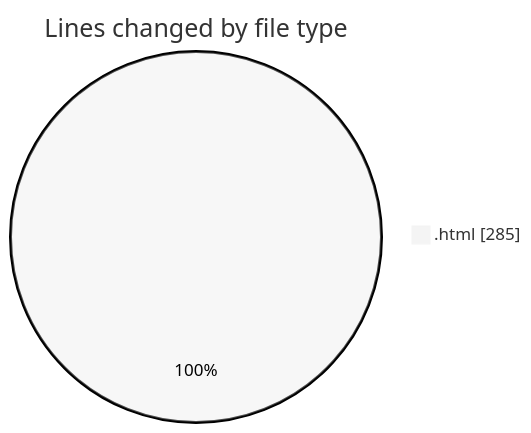
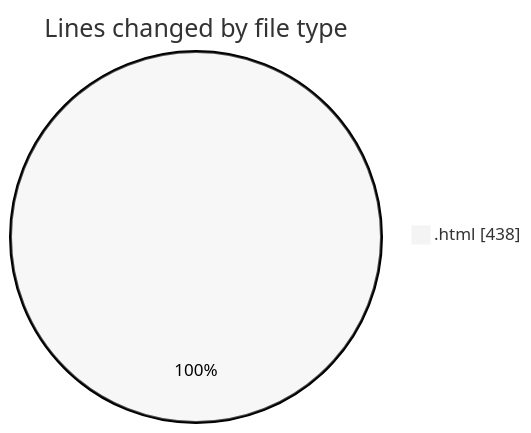
The first of 2 diagrams in 2025-01-13/nueva_carpeta/README.md (LanceThiago/code-tracking), drawn with Mermaid (neutral theme) before and after one commit. The commit also changed other lines of this file and 1 other file, not shown here.

````diff
--- a/2025-01-13/nueva_carpeta/README.md
+++ b/2025-01-13/nueva_carpeta/README.md
@@ -20,5 +20,5 @@
 ```mermaid
 pie showData
 title Lines changed by file type
-".html" : 285
+".html" : 438
 ```
````
